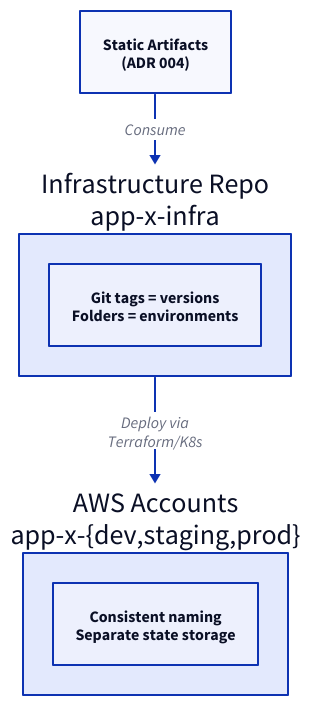
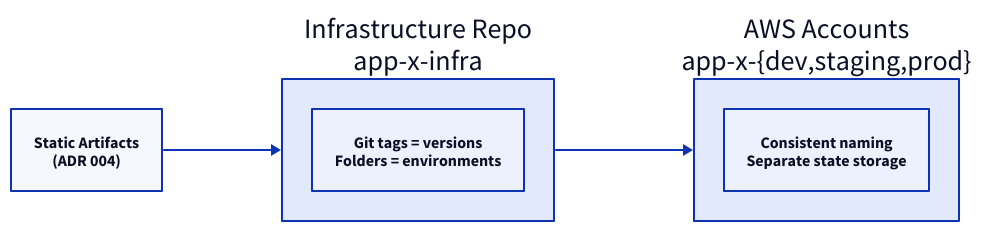
Before and after one commit to wagov-dtt/architecture-decision-records: the diagram in operations/010-configmgmt.md, drawn with D2. The commit also changed 2 other files, not shown here.

Commit message:
big simplification for 003 004 and 010

````diff
--- a/operations/010-configmgmt.md
+++ b/operations/010-configmgmt.md
@@ -38,11 +38,12 @@
 ```d2
+direction: right
+
 artifacts: "Static Artifacts\n(ADR 004)"
 infra_repo: "Infrastructure Repo\napp-x-infra"
 environments: "AWS Accounts\napp-x-{dev,staging,prod}"
 
-artifacts -> infra_repo: "Consume"
-infra_repo -> environments: "Deploy via\nTerraform/K8s"
+artifacts -> infra_repo -> environments
 
 infra_repo.note: "Git tags = versions\nFolders = environments"
 environments.note: "Consistent naming\nSeparate state storage"
 ```
````
